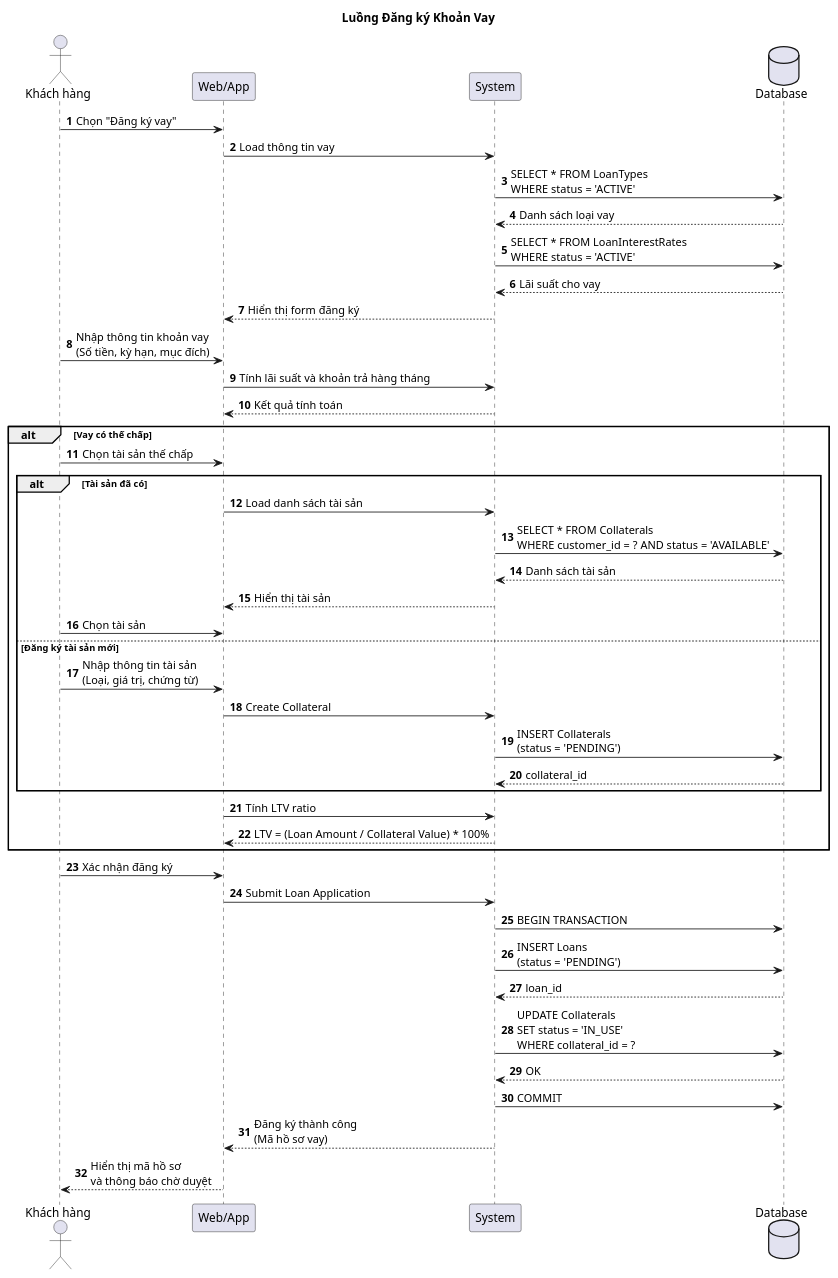
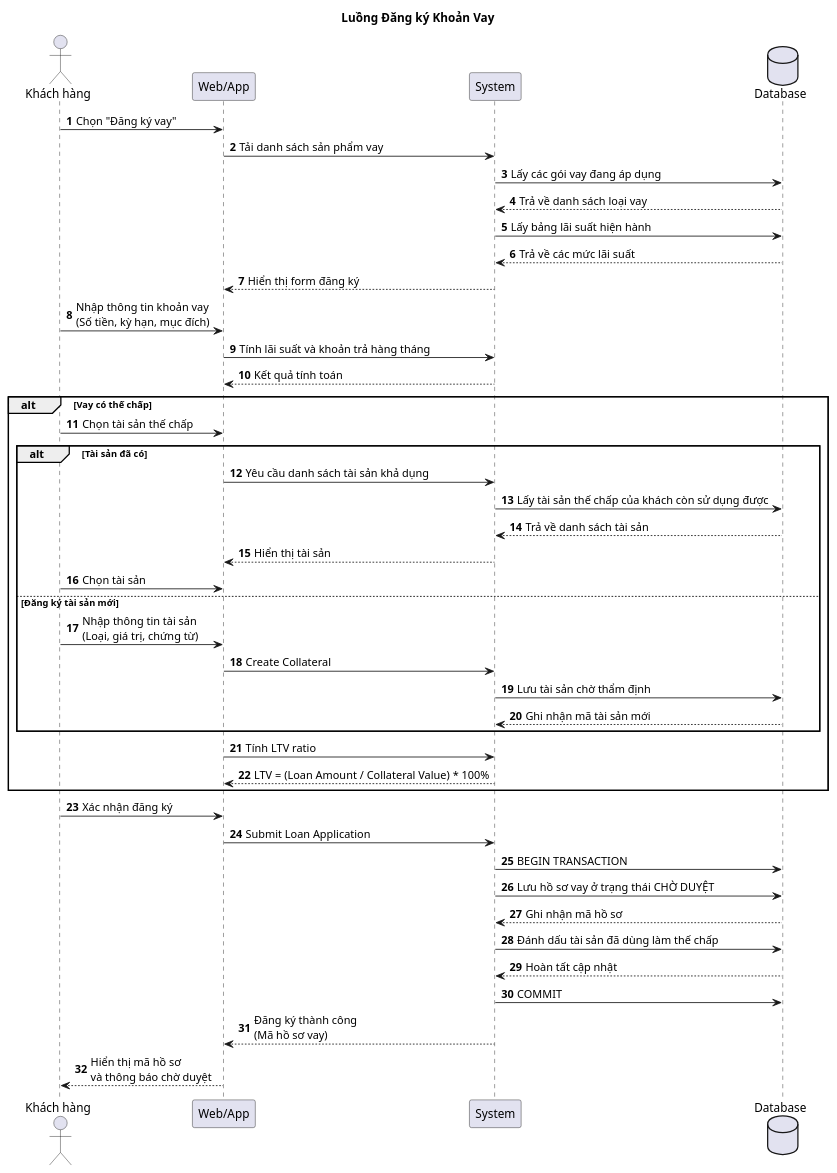
Before and after one commit to Bang334/nganhang: the diagram in diagrams/sequence/06-dang-ky-vay.puml, drawn with PlantUML. The commit also changed 168 other files, not shown here.

```diff
--- a/diagrams/sequence/06-dang-ky-vay.puml
+++ b/diagrams/sequence/06-dang-ky-vay.puml
@@ -1,61 +1,61 @@
 @startuml Đăng ký Vay
 autonumber
 title Luồng Đăng ký Khoản Vay
 
 actor "Khách hàng" as Customer
 participant "Web/App" as App
 participant "System" as System
 database "Database" as DB
 
 Customer -> App: Chọn "Đăng ký vay"
-App -> System: Load thông tin vay
+App -> System: Tải danh sách sản phẩm vay
 
-System -> DB: SELECT * FROM LoanTypes\nWHERE status = 'ACTIVE'
-DB --> System: Danh sách loại vay
+System -> DB: Lấy các gói vay đang áp dụng
+DB --> System: Trả về danh sách loại vay
 
-System -> DB: SELECT * FROM LoanInterestRates\nWHERE status = 'ACTIVE'
-DB --> System: Lãi suất cho vay
+System -> DB: Lấy bảng lãi suất hiện hành
+DB --> System: Trả về các mức lãi suất
 
 System --> App: Hiển thị form đăng ký
 
 Customer -> App: Nhập thông tin khoản vay\n(Số tiền, kỳ hạn, mục đích)
 App -> System: Tính lãi suất và khoản trả hàng tháng
 System --> App: Kết quả tính toán
 
 alt Vay có thế chấp
     Customer -> App: Chọn tài sản thế chấp
     
     alt Tài sản đã có
-        App -> System: Load danh sách tài sản
-        System -> DB: SELECT * FROM Collaterals\nWHERE customer_id = ? AND status = 'AVAILABLE'
-        DB --> System: Danh sách tài sản
+        App -> System: Yêu cầu danh sách tài sản khả dụng
+        System -> DB: Lấy tài sản thế chấp của khách còn sử dụng được
+        DB --> System: Trả về danh sách tài sản
         System --> App: Hiển thị tài sản
         Customer -> App: Chọn tài sản
     else Đăng ký tài sản mới
         Customer -> App: Nhập thông tin tài sản\n(Loại, giá trị, chứng từ)
         App -> System: Create Collateral
-        System -> DB: INSERT Collaterals\n(status = 'PENDING')
-        DB --> System: collateral_id
+        System -> DB: Lưu tài sản chờ thẩm định
+        DB --> System: Ghi nhận mã tài sản mới
     end
     
     App -> System: Tính LTV ratio
     System --> App: LTV = (Loan Amount / Collateral Value) * 100%
 end
 
 Customer -> App: Xác nhận đăng ký
 App -> System: Submit Loan Application
 
 System -> DB: BEGIN TRANSACTION
 
-System -> DB: INSERT Loans\n(status = 'PENDING')
-DB --> System: loan_id
+System -> DB: Lưu hồ sơ vay ở trạng thái CHỜ DUYỆT
+DB --> System: Ghi nhận mã hồ sơ
 
-System -> DB: UPDATE Collaterals\nSET status = 'IN_USE'\nWHERE collateral_id = ?
-DB --> System: OK
+System -> DB: Đánh dấu tài sản đã dùng làm thế chấp
+DB --> System: Hoàn tất cập nhật
 
 System -> DB: COMMIT
 
 System --> App: Đăng ký thành công\n(Mã hồ sơ vay)
 App --> Customer: Hiển thị mã hồ sơ\nvà thông báo chờ duyệt
 
 @enduml
```
